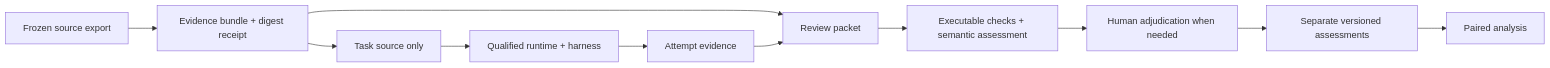
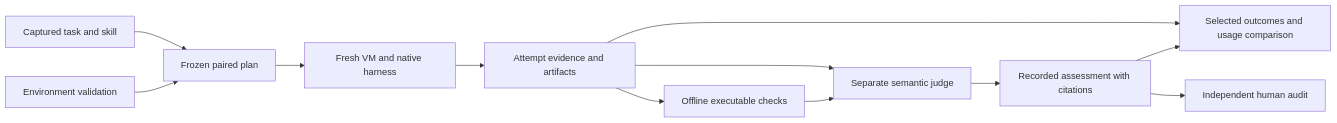
The diagram in docs/system/ARCHITECTURE.md (davisbuilds/skilleval), drawn with Mermaid before and after one commit. The commit also changed other lines of this file and 11 other files, not shown here.

````diff
--- a/docs/system/ARCHITECTURE.md
+++ b/docs/system/ARCHITECTURE.md
@@ -10,13 +8,14 @@
 ```mermaid
 flowchart LR
-  S[Frozen source export] --> E[Evidence bundle + digest receipt]
-  E --> T[Task source only]
-  T --> R[Qualified runtime + harness]
-  R --> O[Attempt evidence]
-  E --> P[Review packet]
-  O --> P
-  P --> A[Executable checks + semantic assessment]
-  A --> H[Human adjudication when needed]
-  H --> J[Separate versioned assessments]
-  J --> C[Paired analysis]
+  T[Captured task and skill] --> P[Frozen paired plan]
+  V[Environment validation] --> P
+  P --> R[Fresh VM and native harness]
+  R --> E[Attempt evidence and artifacts]
+  E --> C[Offline executable checks]
+  E --> J[Separate semantic judge]
+  C --> J
+  J --> A[Recorded assessment with citations]
+  E --> O[Selected outcomes and usage comparison]
+  A --> O
+  A --> H[Independent human audit]
 ```
````
